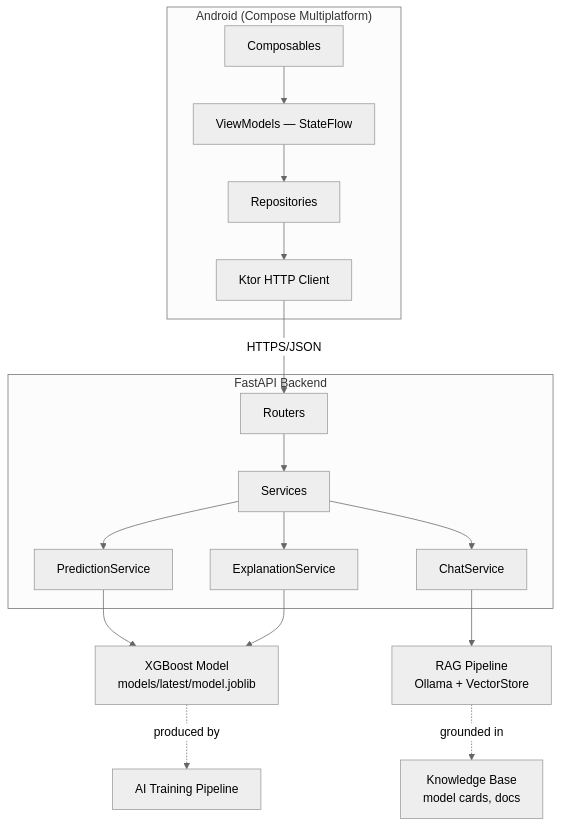
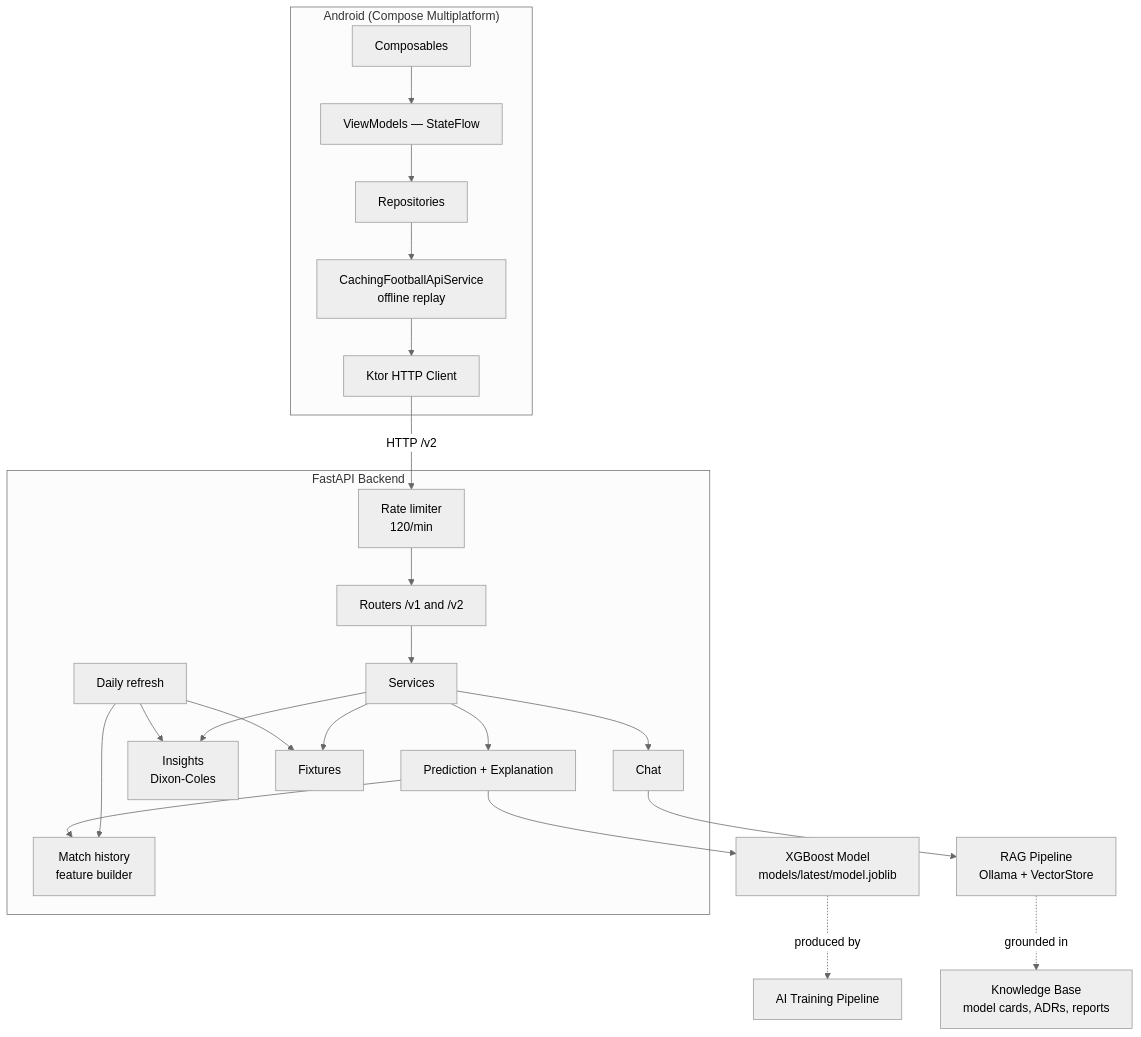
Before and after one commit to SumukhaK/football-intelligence-platform: the first of 3 diagrams in docs/showcase/project-showcase.md, drawn with Mermaid (neutral theme). The commit also changed other lines of this file and 34 other files, not shown here.

````diff
--- a/docs/showcase/project-showcase.md
+++ b/docs/showcase/project-showcase.md
@@ -31,24 +31,30 @@
 ```mermaid
 flowchart TD
     subgraph Mobile["Android (Compose Multiplatform)"]
         UI[Composables] --> VM[ViewModels — StateFlow]
         VM --> Repo[Repositories]
-        Repo --> Ktor[Ktor HTTP Client]
+        Repo --> Cache[CachingFootballApiService\noffline replay]
+        Cache --> Ktor[Ktor HTTP Client]
     end
 
-    Ktor -- HTTPS/JSON --> API
+    Ktor -- "HTTP /v2" --> RL
 
     subgraph Backend["FastAPI Backend"]
-        API[Routers] --> Svc[Services]
-        Svc --> Pred[PredictionService]
-        Svc --> Expl[ExplanationService]
-        Svc --> Chat[ChatService]
+        RL[Rate limiter\n120/min] --> API[Routers /v1 and /v2]
+        API --> Svc[Services]
+        Svc --> Pred[Prediction + Explanation]
+        Svc --> Ins[Insights\nDixon-Coles]
+        Svc --> Fix[Fixtures]
+        Svc --> Chat[Chat]
+        Refresh[Daily refresh] --> Hist[Match history\nfeature builder]
+        Refresh --> Ins
+        Refresh --> Fix
+        Pred --> Hist
     end
 
     Pred --> Model[XGBoost Model\nmodels/latest/model.joblib]
-    Expl --> Model
     Chat --> RAG[RAG Pipeline\nOllama + VectorStore]
 
     Model -. produced by .-> Pipeline[AI Training Pipeline]
-    RAG -. grounded in .-> KB[Knowledge Base\nmodel cards, docs]
+    RAG -. grounded in .-> KB[Knowledge Base\nmodel cards, ADRs, reports]
 ```
````
